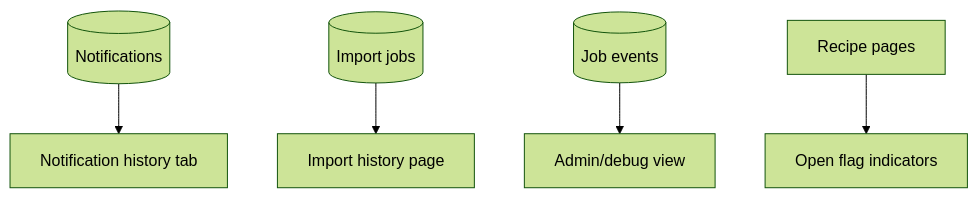
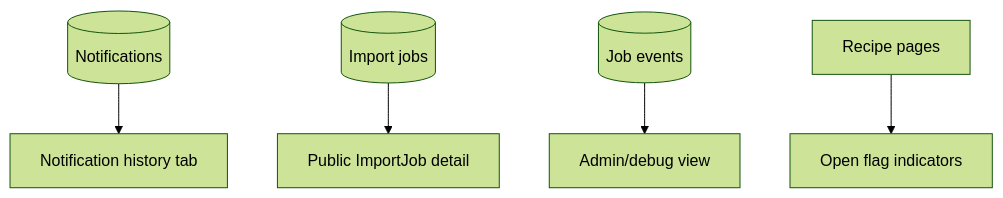
One commit to starkovalera/recipe-manager changed the seventh of 11 diagrams in docs/background-processing-plan.md. Above: the diagram before and after it, drawn with Mermaid (forest theme). The commit also changed other lines of this file and 1 other file, not shown here.

````diff
--- a/docs/background-processing-plan.md
+++ b/docs/background-processing-plan.md
@@ -2519,7 +2529,7 @@
 ```mermaid
 flowchart TD
   notifications[("Notifications")] --> notificationTab["Notification history tab"]
-  importJobs[("Import jobs")] --> importHistory["Import history page"]
+  importJobs[("Import jobs")] --> importDetail["Public ImportJob detail"]
   jobEvents[("Job events")] --> debugView["Admin/debug view"]
   recipes["Recipe pages"] --> flags["Open flag indicators"]
 ```
````
